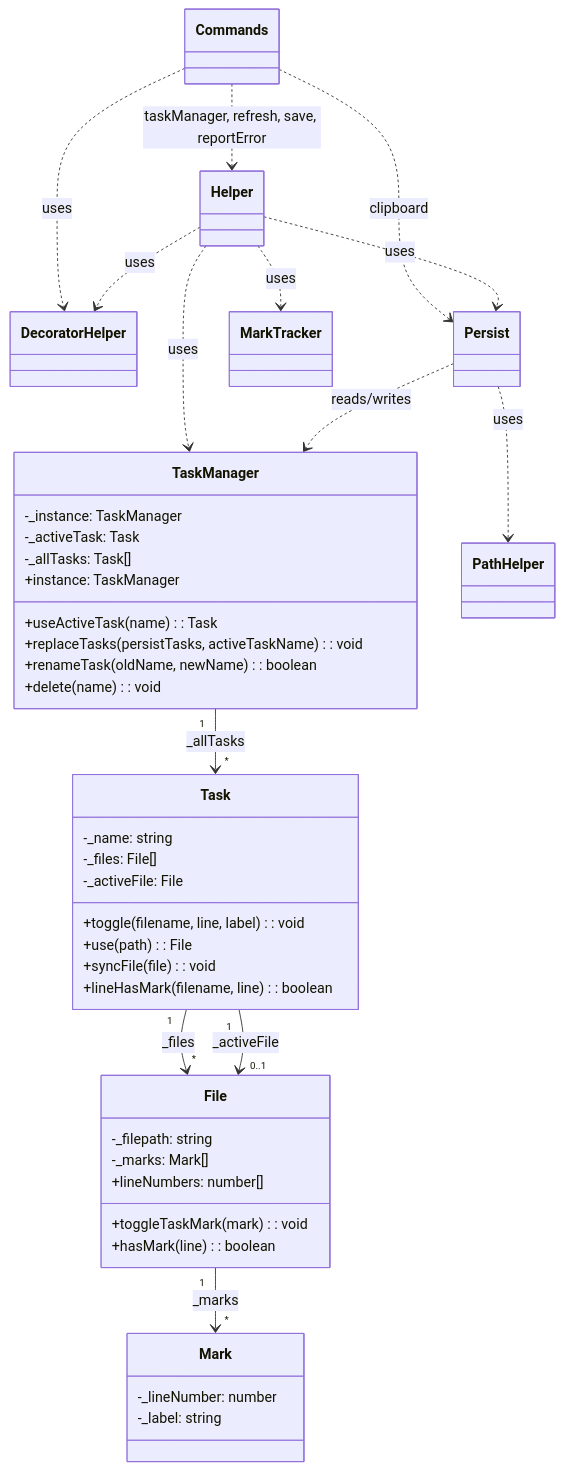
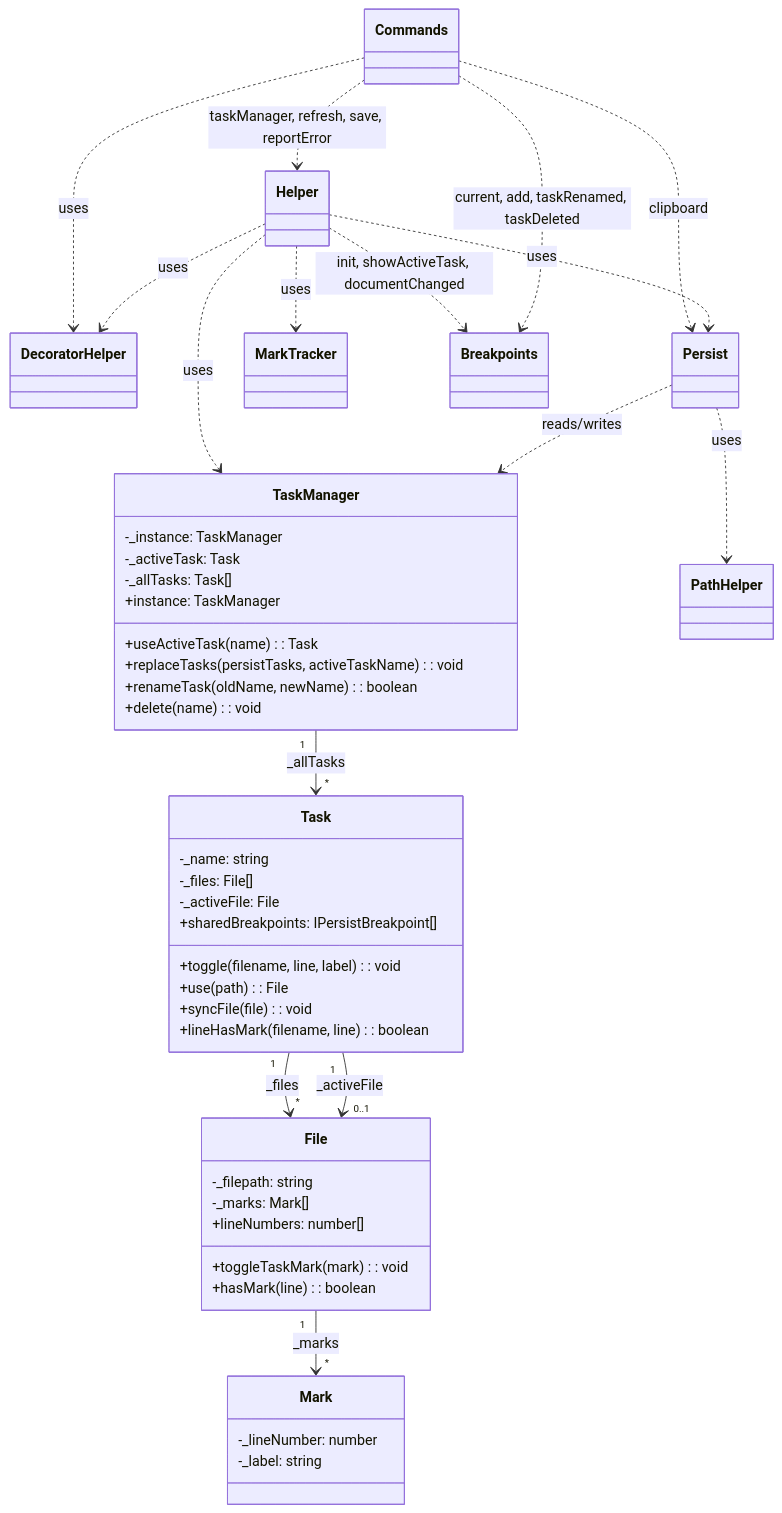
Before and after one commit to norbertK/taskmarks: the first of 6 diagrams in docu/ARCHITECTURE.md, drawn with Mermaid. The commit also changed other lines of this file and 26 other files, not shown here.

First line of the commit message:
Breakpoints per task, shared with the team on request

````diff
--- a/docu/ARCHITECTURE.md
+++ b/docu/ARCHITECTURE.md
@@ -48,52 +50,55 @@
 ```mermaid
 classDiagram
     TaskManager "1" --> "*" Task : _allTasks
     Task "1" --> "*" File : _files
     Task "1" --> "0..1" File : _activeFile
     File "1" --> "*" Mark : _marks
     
     Commands ..> Helper : taskManager, refresh, save, reportError
     Commands ..> DecoratorHelper : uses
     Commands ..> Persist : clipboard
     Helper ..> TaskManager : uses
     Helper ..> MarkTracker : uses
+    Helper ..> Breakpoints : init, showActiveTask, documentChanged
+    Commands ..> Breakpoints : current, add, taskRenamed, taskDeleted
     Helper ..> DecoratorHelper : uses
     Helper ..> Persist : uses
     
     Persist ..> TaskManager : reads/writes
     Persist ..> PathHelper : uses
     
     class TaskManager {
         -_instance: TaskManager
         -_activeTask: Task
         -_allTasks: Task[]
         +instance: TaskManager
         +useActiveTask(name): Task
         +replaceTasks(persistTasks, activeTaskName): void
         +renameTask(oldName, newName): boolean
         +delete(name): void
     }
     
     class Task {
         -_name: string
         -_files: File[]
         -_activeFile: File
+        +sharedBreakpoints: IPersistBreakpoint[]
         +toggle(filename, line, label): void
         +use(path): File
         +syncFile(file): void
         +lineHasMark(filename, line): boolean
     }
     
     class File {
         -_filepath: string
         -_marks: Mark[]
         +toggleTaskMark(mark): void
         +hasMark(line): boolean
         +lineNumbers: number[]
     }
     
     class Mark {
         -_lineNumber: number
         -_label: string
     }
 ```
````
